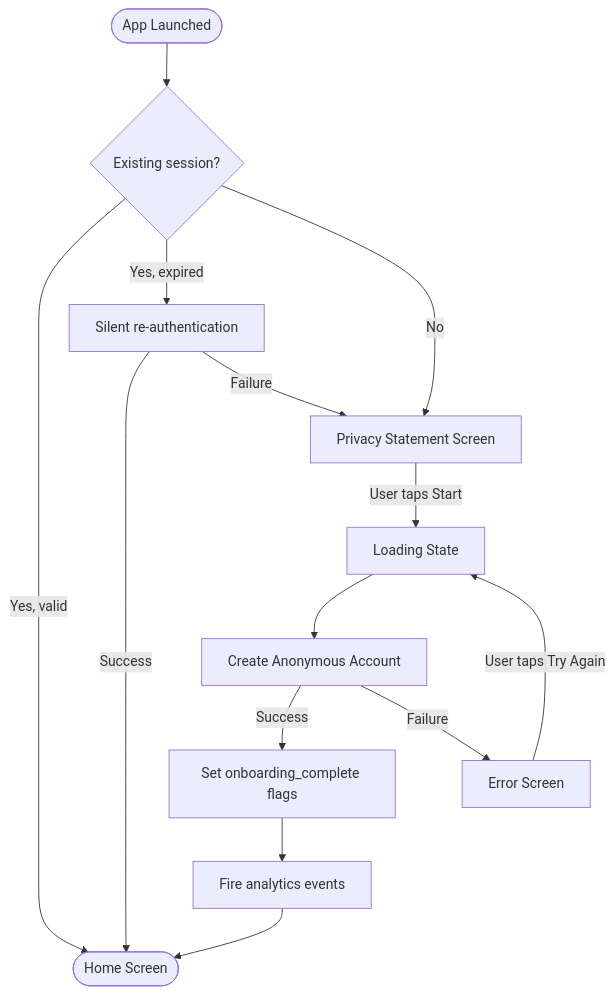
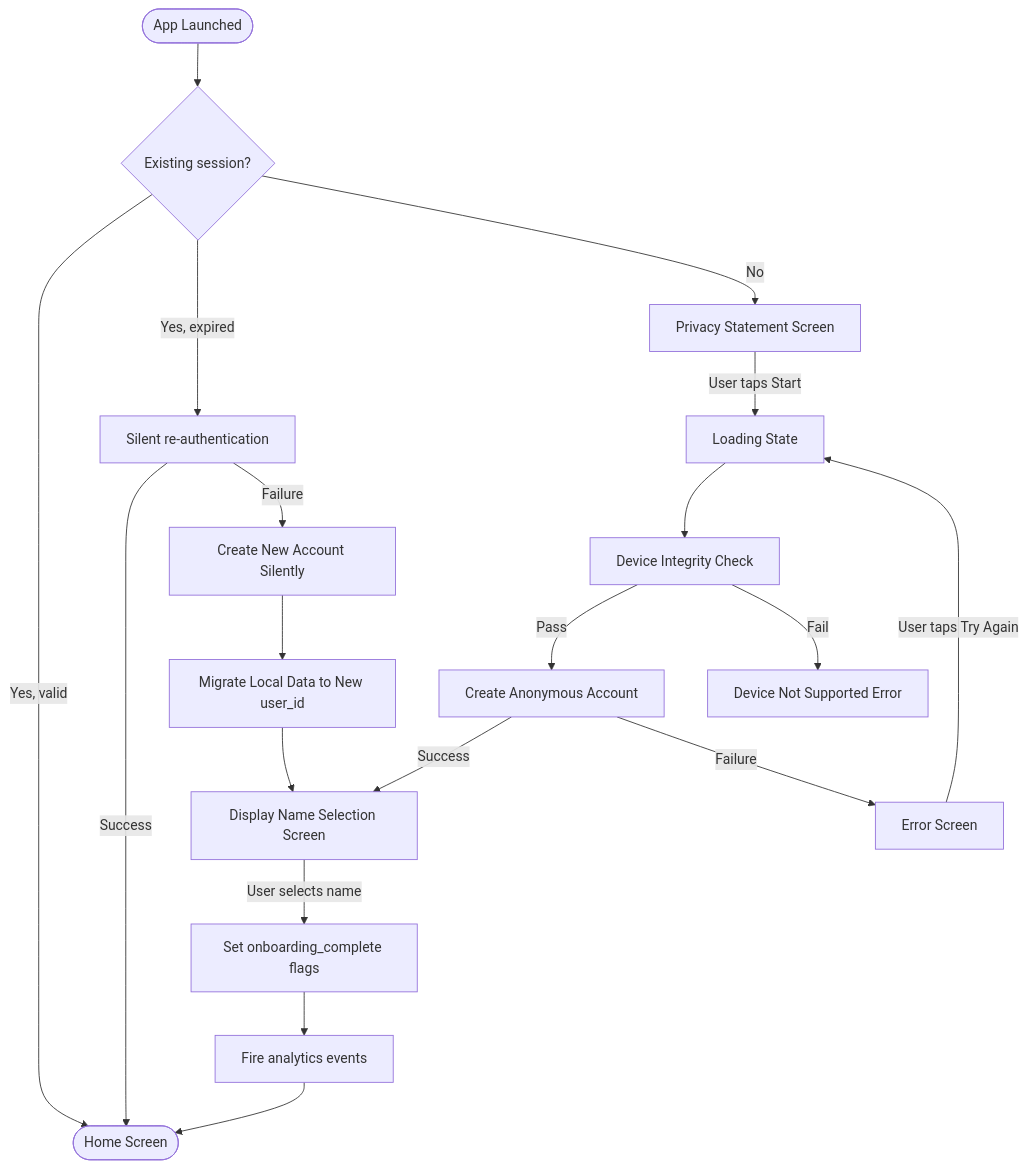
One commit to s0en/OKLah changed the second of 3 diagrams in docs/fsd/onboarding/anonymous_onboarding/spec.md. Above: the diagram before and after it, drawn with Mermaid. The commit also changed other lines of this file and 6 other files, not shown here.

````diff
--- a/docs/fsd/onboarding/anonymous_onboarding/spec.md
+++ b/docs/fsd/onboarding/anonymous_onboarding/spec.md
@@ -335,16 +388,21 @@
 ```mermaid
 flowchart TD
     START([App Launched]) --> CHECK_SESSION{Existing session?}
     CHECK_SESSION -->|Yes, valid| HOME([Home Screen])
     CHECK_SESSION -->|Yes, expired| SILENT_REAUTH[Silent re-authentication]
     SILENT_REAUTH -->|Success| HOME
-    SILENT_REAUTH -->|Failure| PRIVACY_SCREEN
+    SILENT_REAUTH -->|Failure| REAUTH_RECOVERY[Create New Account Silently]
+    REAUTH_RECOVERY --> MIGRATE_DATA[Migrate Local Data to New user_id]
+    MIGRATE_DATA --> NAME_SELECTION
     CHECK_SESSION -->|No| PRIVACY_SCREEN[Privacy Statement Screen]
     PRIVACY_SCREEN -->|User taps Start| LOADING[Loading State]
-    LOADING --> CREATE_ACCOUNT[Create Anonymous Account]
-    CREATE_ACCOUNT -->|Success| SET_FLAGS[Set onboarding_complete flags]
+    LOADING --> INTEGRITY_CHECK[Device Integrity Check]
+    INTEGRITY_CHECK -->|Pass| CREATE_ACCOUNT[Create Anonymous Account]
+    INTEGRITY_CHECK -->|Fail| INTEGRITY_ERROR[Device Not Supported Error]
+    CREATE_ACCOUNT -->|Success| NAME_SELECTION[Display Name Selection Screen]
+    NAME_SELECTION -->|User selects name| SET_FLAGS[Set onboarding_complete flags]
     SET_FLAGS --> FIRE_EVENTS[Fire analytics events]
     FIRE_EVENTS --> HOME
     CREATE_ACCOUNT -->|Failure| ERROR_SCREEN[Error Screen]
     ERROR_SCREEN -->|User taps Try Again| LOADING
 ```
````
